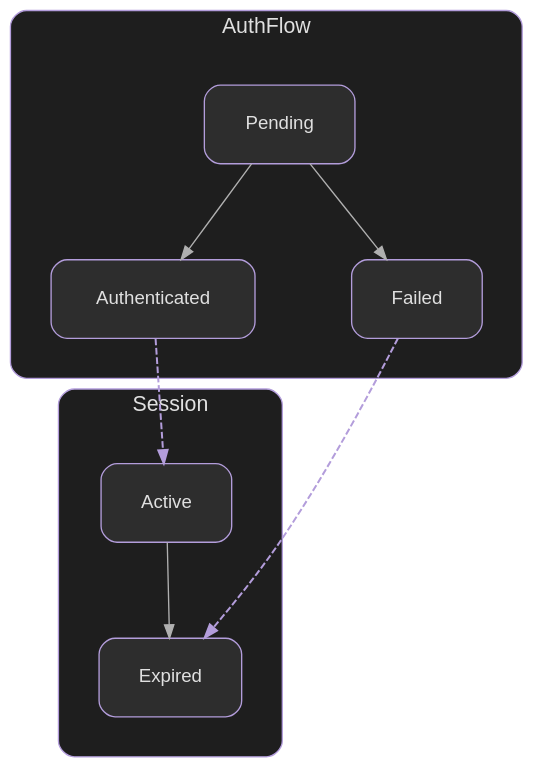
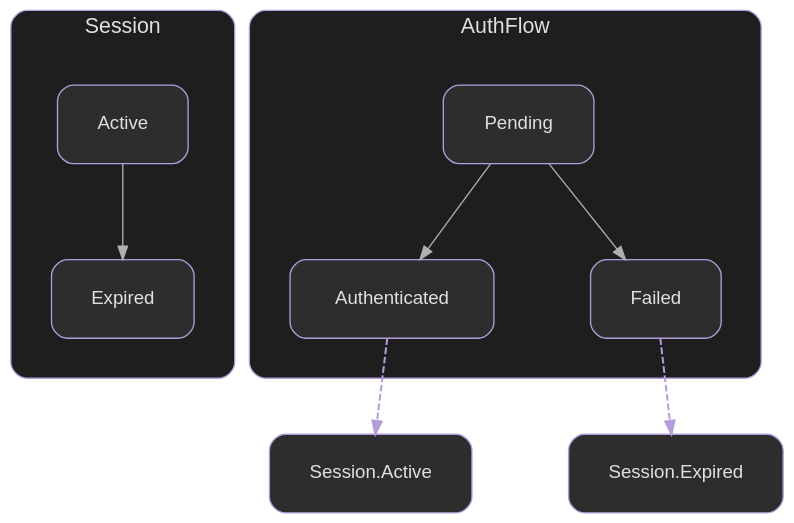
The diagram in dev/assets/images/generated/multi.dot (elijahr/nim-typestates), drawn with Graphviz before and after one commit. The commit also changed 19 other files, not shown here.

```diff
--- a/dev/assets/images/generated/multi.dot
+++ b/dev/assets/images/generated/multi.dot
@@ -1,52 +1,52 @@
 digraph {
   rankdir=TB;
   splines=spline;
   compound=true;
   nodesep=1.0;
   ranksep=1.0;
   bgcolor="transparent";
   pad=0.3;
 
   node [shape=box, style="rounded,filled", fillcolor="#2d2d2d", color="#b39ddb", fontcolor="#e0e0e0", fontname="sans-serif", fontsize=14, margin="0.4,0.3"];
   edge [fontname="sans-serif", fontsize=11, color="#b0b0b0"];
 
   subgraph cluster_Session {
     label="Session";
     fontname="sans-serif";
     fontsize=16;
     fontcolor="#e0e0e0";
     labelloc=t;
     style="rounded";
     color="#b39ddb";
     bgcolor="#1e1e1e";
     margin=30;
 
     Active;
     Expired;
 
     Active -> Expired;
   }
 
   subgraph cluster_AuthFlow {
     label="AuthFlow";
     fontname="sans-serif";
     fontsize=16;
     fontcolor="#e0e0e0";
     labelloc=t;
     style="rounded";
     color="#b39ddb";
     bgcolor="#1e1e1e";
     margin=30;
 
     Pending;
     Authenticated;
     Failed;
 
     Pending -> Authenticated;
     Pending -> Failed;
   }
 
   // Bridges (cross-typestate)
-  Authenticated -> Active [style=dashed, color="#b39ddb", penwidth=1.5];
-  Failed -> Expired [style=dashed, color="#b39ddb", penwidth=1.5];
+  Authenticated -> "Session.Active" [style=dashed, color="#b39ddb", penwidth=1.5];
+  Failed -> "Session.Expired" [style=dashed, color="#b39ddb", penwidth=1.5];
 }
```
